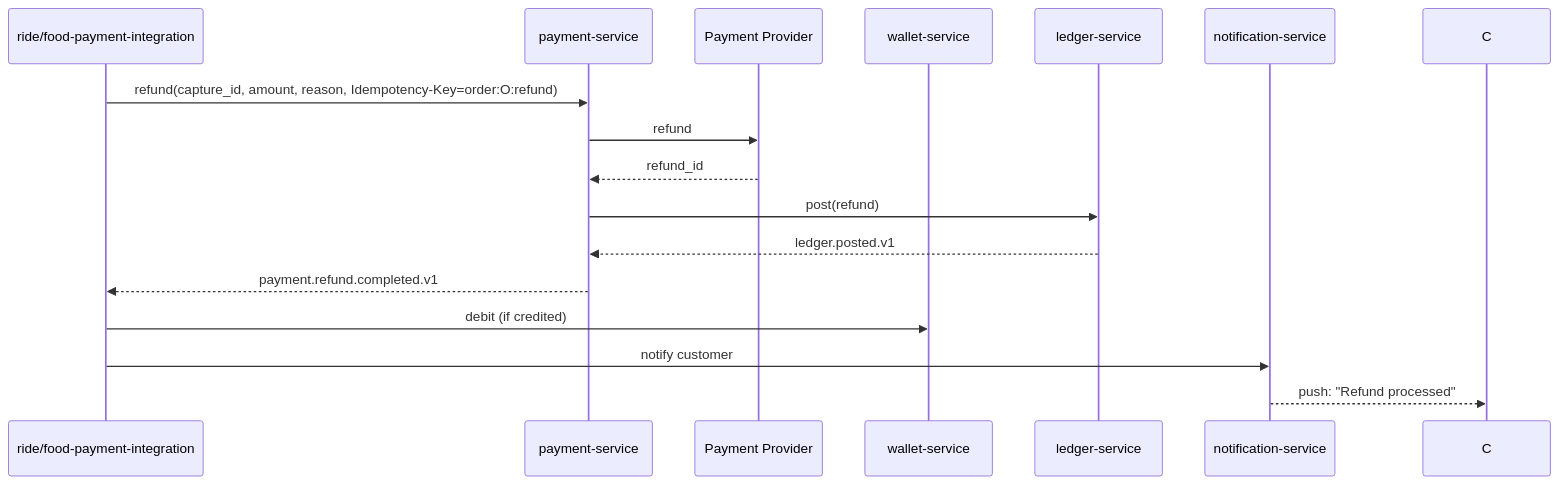
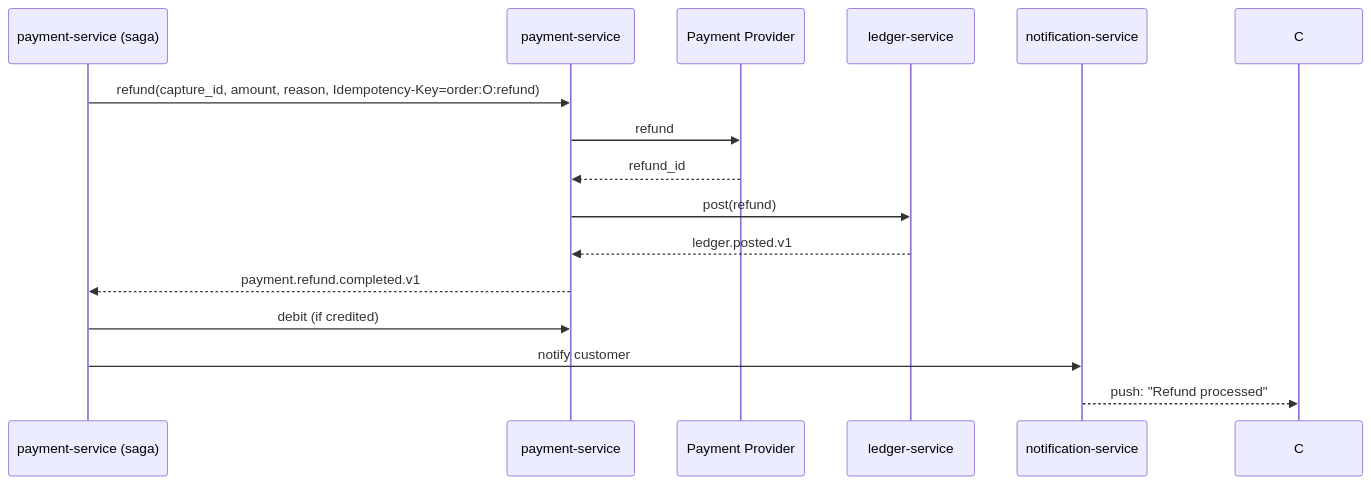
One commit to mohamedhabibwork/trips-enjoy-docs changed the second of 9 diagrams in docs/workflows/PAYMENT_WORKFLOWS.md. Above: the diagram before and after it, drawn with Mermaid. The commit also changed other lines of this file and 525 other files, not shown here.

````diff
--- a/docs/workflows/PAYMENT_WORKFLOWS.md
+++ b/docs/workflows/PAYMENT_WORKFLOWS.md
@@ -56,19 +59,18 @@
 ```mermaid
 sequenceDiagram
-    participant ORCH as ride/food-payment-integration
+    participant SAGA as payment-service (saga)
     participant PAY as payment-service
     participant EXT as Payment Provider
-    participant WLT as wallet-service
     participant LD as ledger-service
     participant NOT as notification-service
 
-    ORCH->>PAY: refund(capture_id, amount, reason, Idempotency-Key=order:O:refund)
+    SAGA->>PAY: refund(capture_id, amount, reason, Idempotency-Key=order:O:refund)
     PAY->>EXT: refund
     EXT-->>PAY: refund_id
     PAY->>LD: post(refund)
     LD-->>PAY: ledger.posted.v1
-    PAY-->>ORCH: payment.refund.completed.v1
-    ORCH->>WLT: debit (if credited)
-    ORCH->>NOT: notify customer
+    PAY-->>SAGA: payment.refund.completed.v1
+    SAGA->>PAY: debit (if credited)
+    SAGA->>NOT: notify customer
     NOT-->>C: push: "Refund processed"
 ```
````
